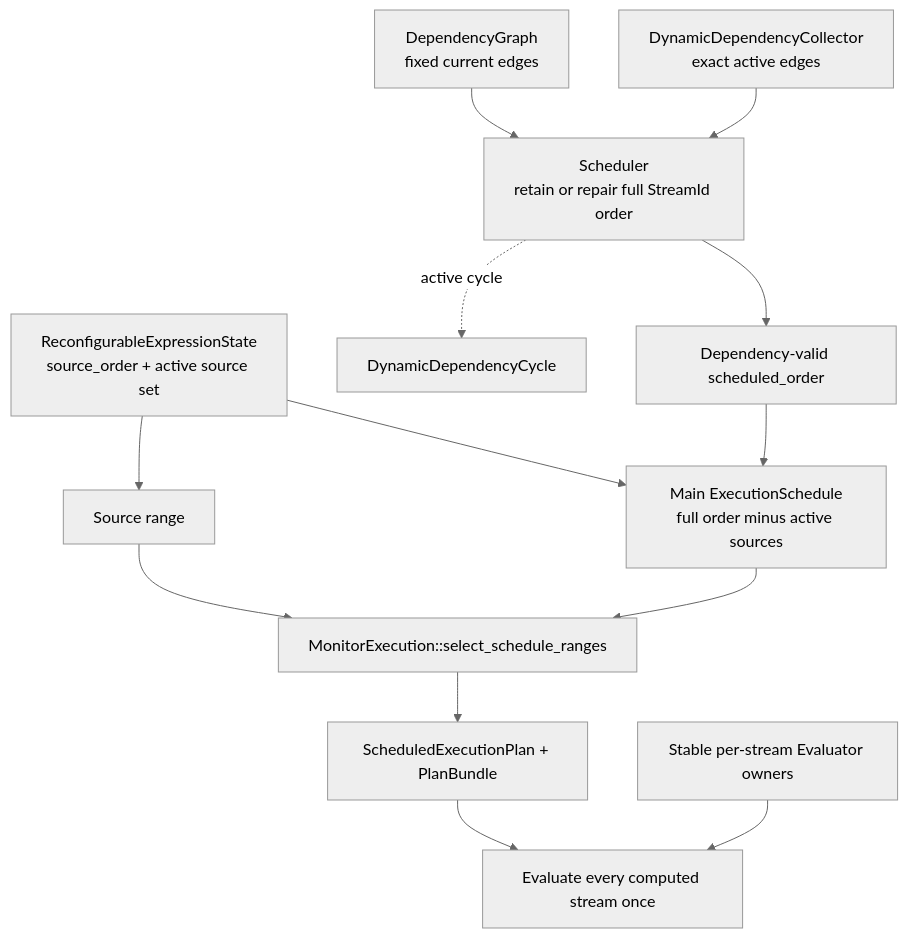
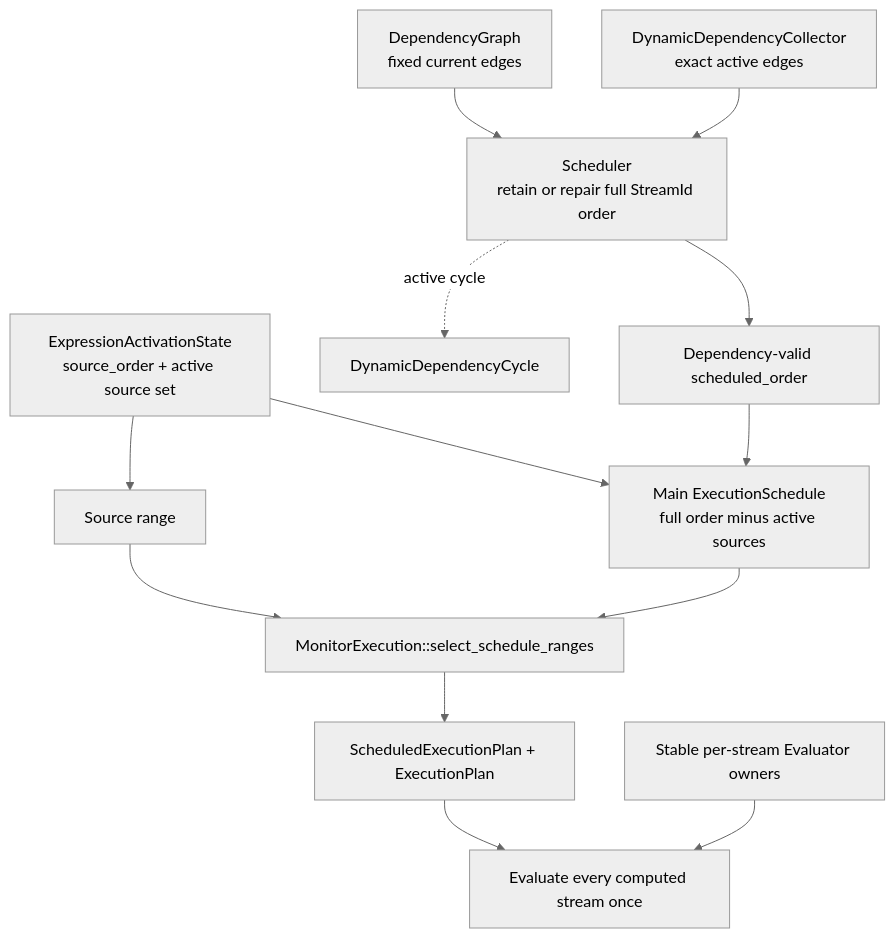
The diagram in docs/src/architecture/dataflow/scheduling.md (INTO-CPS-Association/robosapiens-trustworthiness-checker), drawn with Mermaid (neutral theme) before and after one commit. The commit also changed other lines of this file and 64 other files, not shown here.

Commit message:
Document dataflow architecture and execution contracts

````diff
--- a/docs/src/architecture/dataflow/scheduling.md
+++ b/docs/src/architecture/dataflow/scheduling.md
@@ -5,20 +5,20 @@
 ```mermaid
 flowchart TB
     accTitle: Scheduling architecture from dependencies to execution ranges
-    accDescr: The compiled DependencyGraph supplies fixed current edges and DynamicDependencyCollector values supply exact active edges. Scheduler retains or repairs a dependency-valid full order over stable StreamId values; a dynamic cycle is an evaluation error. ReconfigurableExpressionState separately supplies the source order and active source set. The source order and the main ExecutionSchedule, which is the full order without active source streams, become one ScheduledExecutionPlan and PlanBundle. MonitorExecution applies that plan to stable per-stream Evaluator owners so every computed stream runs exactly once.
+    accDescr: The compiled DependencyGraph supplies fixed current edges and DynamicDependencyCollector values supply exact active edges. Scheduler retains or repairs a dependency-valid full order over stable StreamId values; a dynamic cycle is an evaluation error. ExpressionActivationState separately supplies the source order and active source set. The source order and the main ExecutionSchedule, which is the full order without active source streams, become one ScheduledExecutionPlan, which ExecutionPlan partitions into physical steps. MonitorExecution applies that plan to stable per-stream Evaluator owners so every computed stream runs exactly once.
 
     fixed["DependencyGraph<br/>fixed current edges"] --> scheduler["Scheduler<br/>retain or repair full StreamId order"]
     active["DynamicDependencyCollector<br/>exact active edges"] --> scheduler
     scheduler --> full["Dependency-valid scheduled_order"]
     scheduler -. "active cycle" .-> error["DynamicDependencyCycle"]
 
-    reconfiguration["ReconfigurableExpressionState<br/>source_order + active source set"] --> source["Source range"]
+    reconfiguration["ExpressionActivationState<br/>source_order + active source set"] --> source["Source range"]
     reconfiguration --> main["Main ExecutionSchedule<br/>full order minus active sources"]
     full --> main
 
     source --> select["MonitorExecution::select_schedule_ranges"]
     main --> select
-    select --> plan["ScheduledExecutionPlan + PlanBundle"]
+    select --> plan["ScheduledExecutionPlan + ExecutionPlan"]
     plan --> execute["Evaluate every computed stream once"]
     owners["Stable per-stream Evaluator owners"] --> execute
 ```
````
